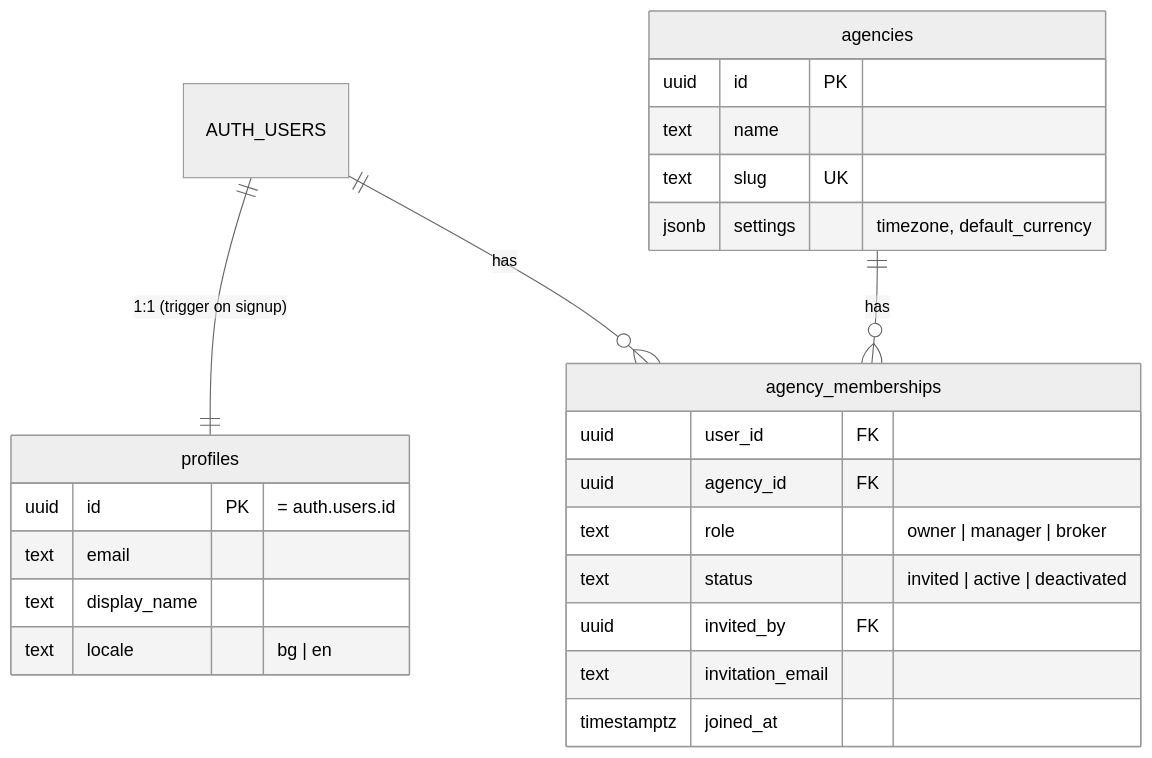
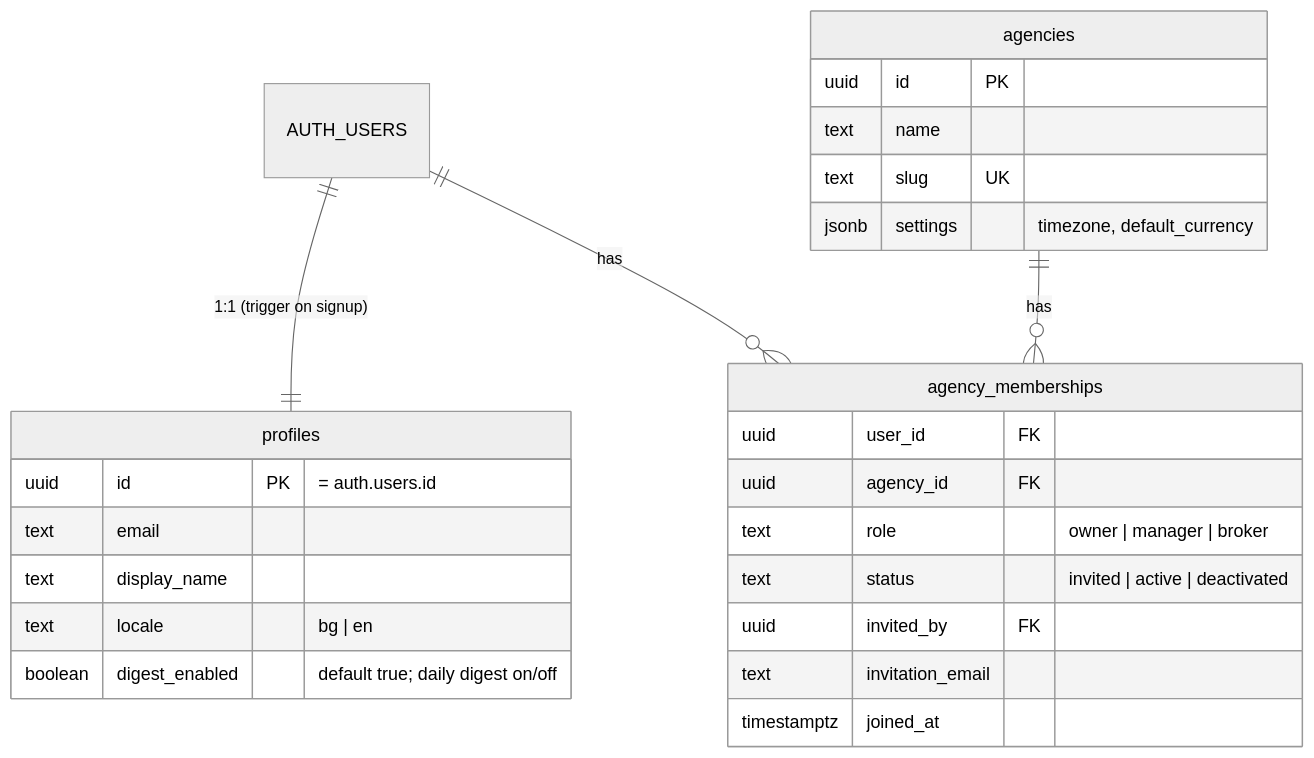
One commit to dreaminglory/retail_broker_CRM changed the second of 12 diagrams in docs/domain-model.md. Above: the diagram before and after it, drawn with Mermaid (neutral theme). The commit also changed other lines of this file and 5 other files, not shown here.

Commit message:
feat(reminders): add notification_deliveries and profiles.digest_enabled

````diff
--- a/docs/domain-model.md
+++ b/docs/domain-model.md
@@ -75,28 +78,29 @@
 ```mermaid
 erDiagram
   AUTH_USERS ||--|| profiles : "1:1 (trigger on signup)"
   AUTH_USERS ||--o{ agency_memberships : "has"
   agencies ||--o{ agency_memberships : "has"
 
   agencies {
     uuid id PK
     text name
     text slug UK
     jsonb settings "timezone, default_currency"
   }
   agency_memberships {
     uuid user_id FK
     uuid agency_id FK
     text role "owner | manager | broker"
     text status "invited | active | deactivated"
     uuid invited_by FK
     text invitation_email
     timestamptz joined_at
   }
   profiles {
     uuid id PK "= auth.users.id"
     text email
     text display_name
     text locale "bg | en"
+    boolean digest_enabled "default true; daily digest on/off"
   }
 ```
````
